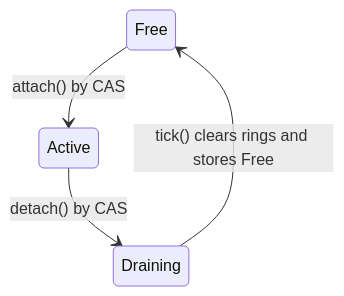
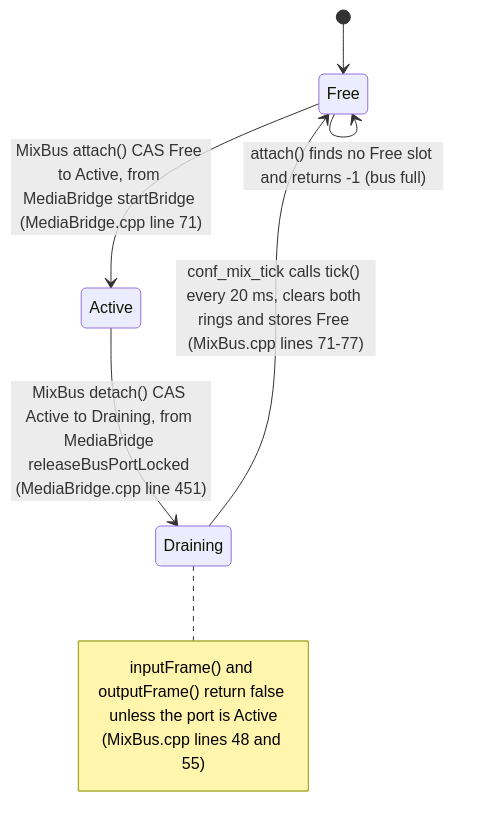
The diagram in docs/CONFERENCE_MIXER.md (GlomarGadaffi/pocket-dial), drawn with Mermaid before and after one commit. The commit also changed 29 other files, not shown here.

First line of the commit message:
docs: make the Mermaid diagrams exact against main (#1105)

````diff
--- a/docs/CONFERENCE_MIXER.md
+++ b/docs/CONFERENCE_MIXER.md
@@ -226,6 +226,12 @@
 ```mermaid
 stateDiagram-v2
-    Free --> Active: attach() by CAS
-    Active --> Draining: detach() by CAS
-    Draining --> Free: tick() clears rings and stores Free
+    [*] --> Free
+    Free --> Active: MixBus attach() CAS Free to Active, from MediaBridge startBridge (MediaBridge.cpp line 71)
+    Free --> Free: attach() finds no Free slot and returns -1 (bus full)
+    Active --> Draining: MixBus detach() CAS Active to Draining, from MediaBridge releaseBusPortLocked (MediaBridge.cpp line 451)
+    Draining --> Free: conf_mix_tick calls tick() every 20 ms, clears both rings and stores Free (MixBus.cpp lines 71-77)
+    note right of Draining
+        inputFrame() and outputFrame() return false unless the port is Active
+        (MixBus.cpp lines 48 and 55)
+    end note
 ```
````
